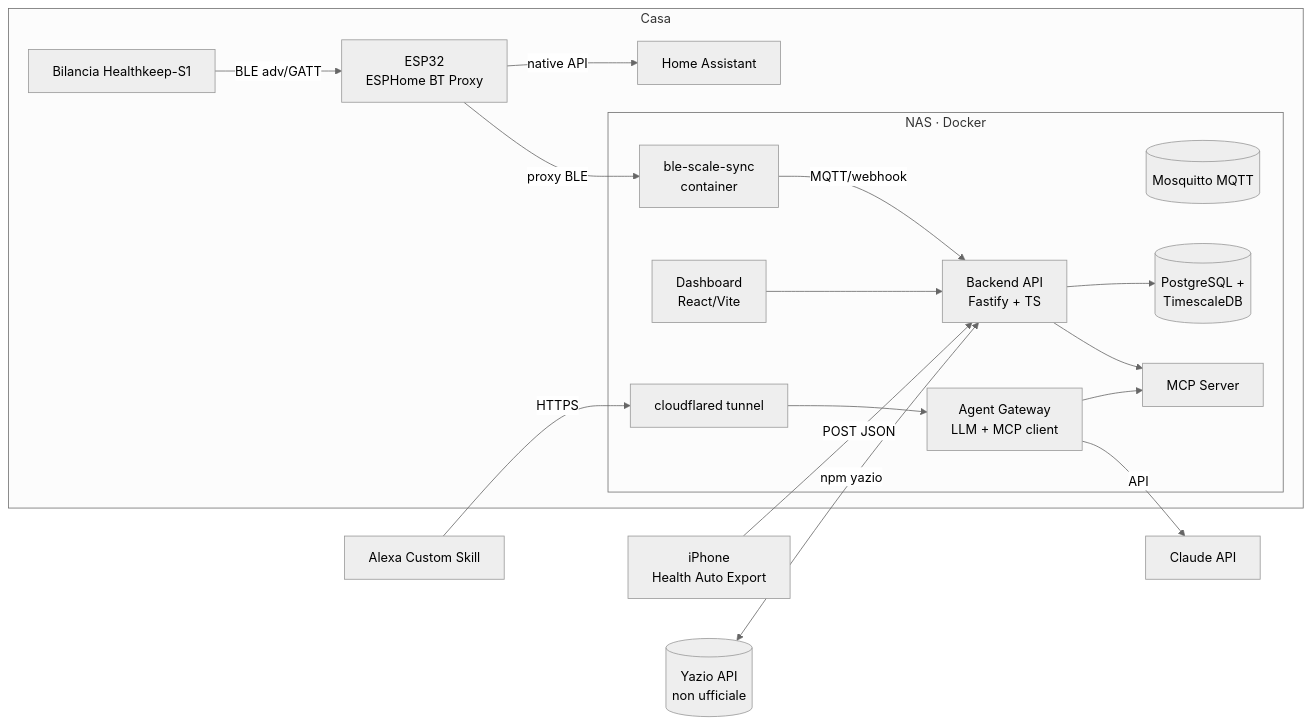
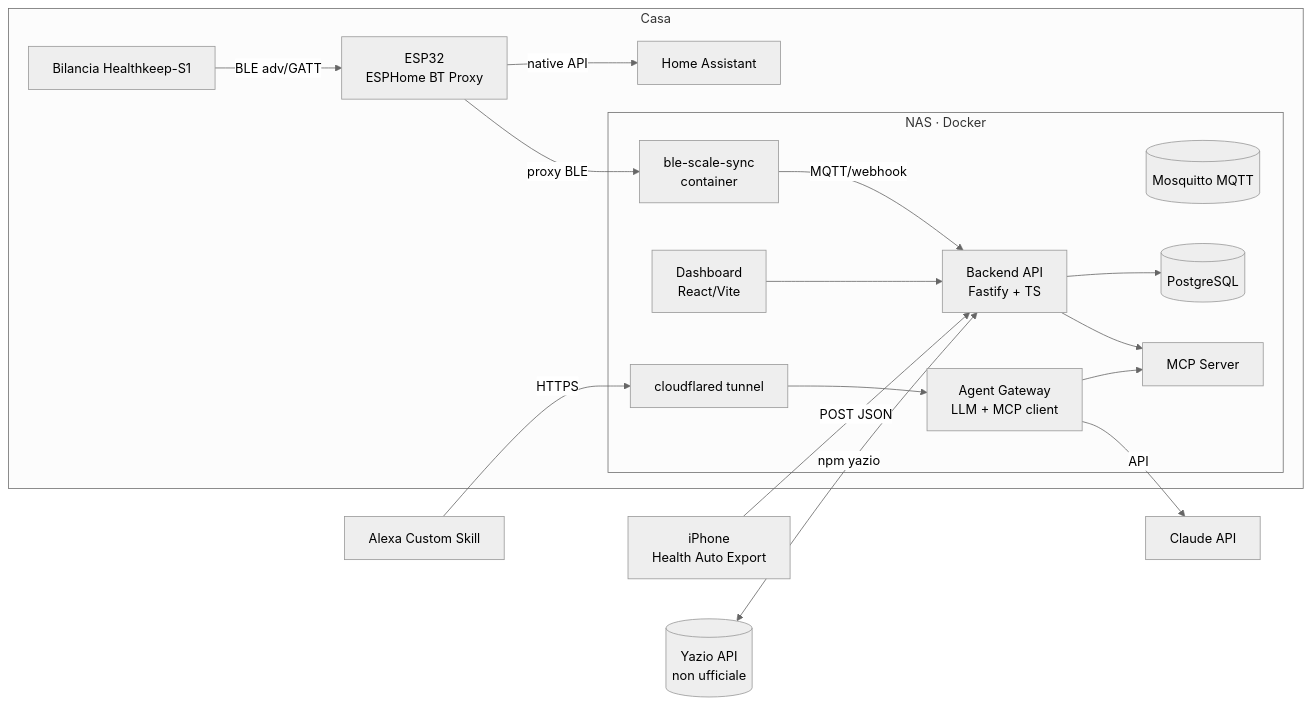
One commit to GianmarcoSassoli/nutridock changed the first of 2 diagrams in README.md. Above: the diagram before and after it, drawn with Mermaid (neutral theme). The commit also changed other lines of this file and 2 other files, not shown here.

````diff
--- a/README.md
+++ b/README.md
@@ -12,21 +12,21 @@
 ```mermaid
 flowchart LR
     subgraph Casa
         S1[Bilancia Healthkeep-S1] -->|BLE adv/GATT| ESP[ESP32<br/>ESPHome BT Proxy]
         ESP -->|native API| HA[Home Assistant]
         ESP -->|proxy BLE| BSS[ble-scale-sync<br/>container]
         subgraph NAS [NAS · Docker]
             BSS -->|MQTT/webhook| API[Backend API<br/>Fastify + TS]
             MQ[(Mosquitto MQTT)]
-            API --> DB[(PostgreSQL +<br/>TimescaleDB)]
+            API --> DB[(PostgreSQL)]
             API --> MCP[MCP Server]
             AGW[Agent Gateway<br/>LLM + MCP client] --> MCP
             WEB[Dashboard<br/>React/Vite] --> API
             CF[cloudflared tunnel]
         end
     end
     IPHONE[iPhone<br/>Health Auto Export] -->|POST JSON| API
     YAZ[(Yazio API<br/>non ufficiale)] <-->|npm yazio| API
     ALEXA[Alexa Custom Skill] -->|HTTPS| CF --> AGW
     AGW -->|API| LLM[Claude API]
 ```
````
